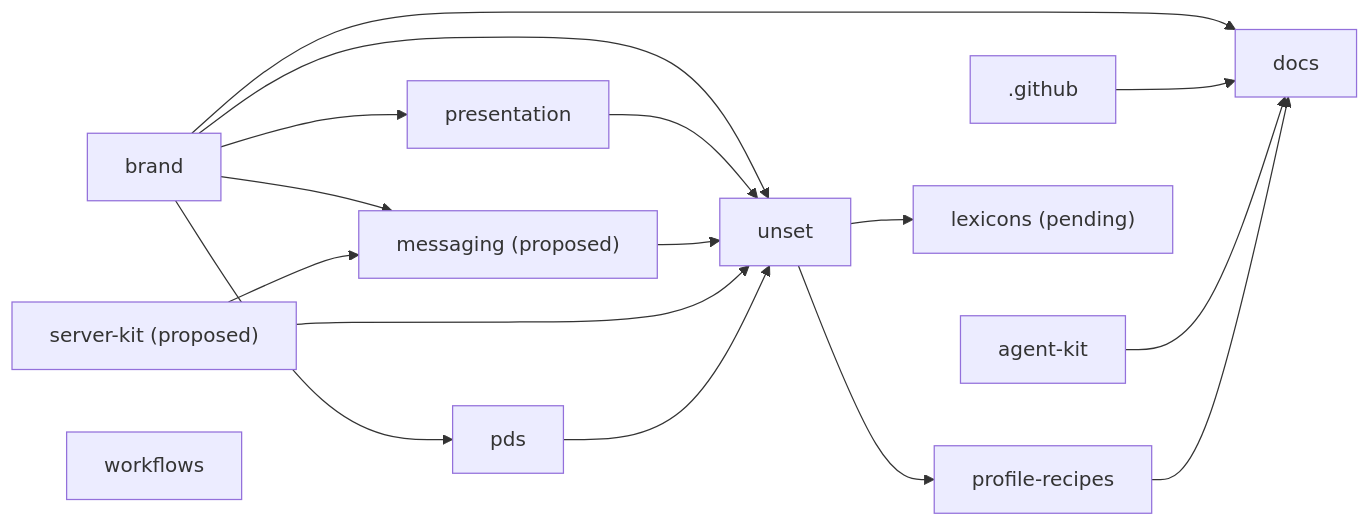
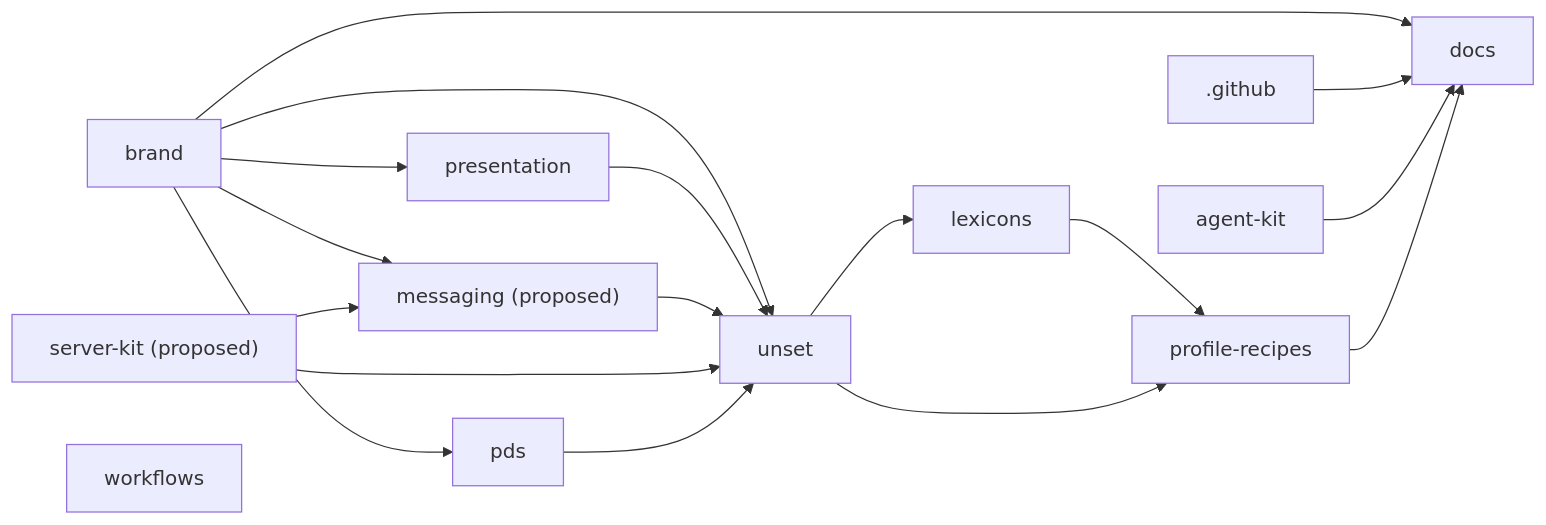
The diagram in MAP.md (unset-sh/.github), drawn with Mermaid before and after one commit. The commit also changed other lines of this file and 2 other files, not shown here.

Commit message:
Record lexicons and recipe dependencies

````diff
--- a/MAP.md
+++ b/MAP.md
@@ -32,30 +32,31 @@
 ```mermaid
 flowchart LR
   r_unset["unset"]
   r__github[".github"]
   r_brand["brand"]
   r_presentation["presentation"]
   r_profile_recipes["profile-recipes"]
   r_docs["docs"]
   r_pds["pds"]
-  r_lexicons["lexicons (pending)"]
+  r_lexicons["lexicons"]
   r_messaging["messaging (proposed)"]
   r_server_kit["server-kit (proposed)"]
   r_agent_kit["agent-kit"]
   r_workflows["workflows"]
   r_brand --> r_unset
   r_presentation --> r_unset
   r_messaging --> r_unset
   r_server_kit --> r_unset
   r_pds --> r_unset
   r_brand --> r_presentation
+  r_lexicons --> r_profile_recipes
   r_unset --> r_profile_recipes
   r_brand --> r_docs
   r__github --> r_docs
   r_agent_kit --> r_docs
   r_profile_recipes --> r_docs
   r_brand --> r_pds
   r_unset --> r_lexicons
   r_brand --> r_messaging
   r_server_kit --> r_messaging
 ```
````
